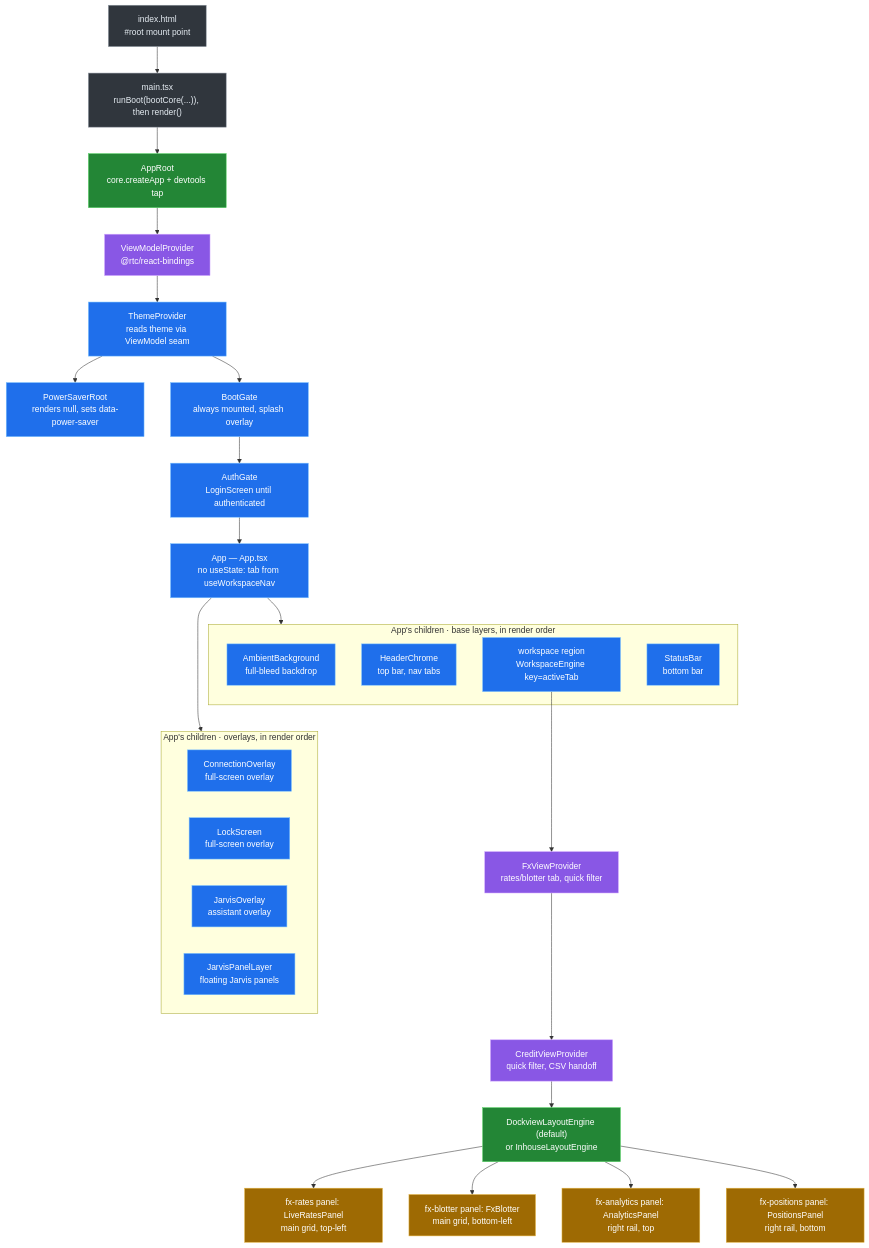
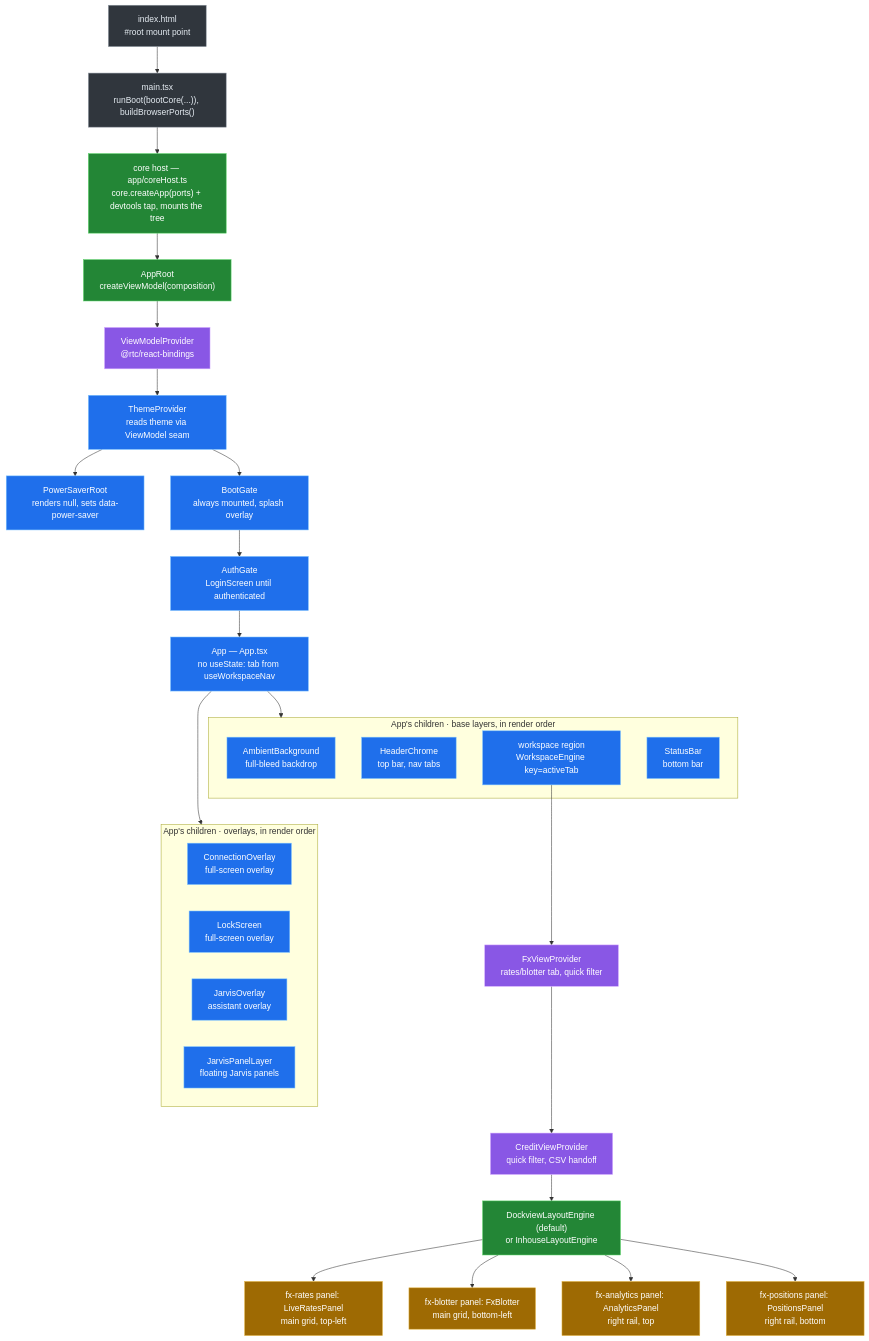
Before and after one commit to bettersoftware-io/ReactiveTraderCloudClone: the first of 5 diagrams in docs/architecture/17-web-client-up-close.md, drawn with Mermaid. The commit also changed other lines of this file and 14 other files, not shown here.

First line of the commit message:
docs: hot swap — renumber to guarantee 8 / promise 11, the web composition root is main.tsx + the core host

````diff
--- a/docs/architecture/17-web-client-up-close.md
+++ b/docs/architecture/17-web-client-up-close.md
@@ -58,58 +58,59 @@
 ```mermaid
 flowchart TB
     IndexHtml["index.html<br/>#root mount point"]:::entry
-    MainTsx["main.tsx<br/>runBoot(bootCore(...)), then render()"]:::entry
-    RootComp["AppRoot<br/>core.createApp + devtools tap"]:::core
+    MainTsx["main.tsx<br/>runBoot(bootCore(...)), buildBrowserPorts()"]:::entry
+    HostNode["core host — app/coreHost.ts<br/>core.createApp(ports) + devtools tap, mounts the tree"]:::core
+    RootComp["AppRoot<br/>createViewModel(composition)"]:::core
     VMProvider["ViewModelProvider<br/>@rtc/react-bindings"]:::bridge
     ThemeProviderNode["ThemeProvider<br/>reads theme via ViewModel seam"]:::ui
 
-    IndexHtml --> MainTsx --> RootComp --> VMProvider --> ThemeProviderNode
+    IndexHtml --> MainTsx --> HostNode --> RootComp --> VMProvider --> ThemeProviderNode
 
     PowerSaver["PowerSaverRoot<br/>renders null, sets data-power-saver"]:::ui
     BootGateNode["BootGate<br/>always mounted, splash overlay"]:::ui
     AuthGateNode["AuthGate<br/>LoginScreen until authenticated"]:::ui
     AppComp["App — App.tsx<br/>no useState: tab from useWorkspaceNav"]:::ui
 
     ThemeProviderNode --> PowerSaver
     ThemeProviderNode --> BootGateNode --> AuthGateNode --> AppComp
 
     subgraph Base["App's children · base layers, in render order"]
         Ambient["AmbientBackground<br/>full-bleed backdrop"]:::ui
         Header["HeaderChrome<br/>top bar, nav tabs"]:::ui
         Workspace["workspace region<br/>WorkspaceEngine key=activeTab"]:::ui
         Status["StatusBar<br/>bottom bar"]:::ui
     end
 
     subgraph Overlays["App's children · overlays, in render order"]
         ConnOverlay["ConnectionOverlay<br/>full-screen overlay"]:::ui
         Lock["LockScreen<br/>full-screen overlay"]:::ui
         JarvisO["JarvisOverlay<br/>assistant overlay"]:::ui
         JarvisP["JarvisPanelLayer<br/>floating Jarvis panels"]:::ui
     end
 
     AppComp --> Base
     AppComp --> Overlays
     Base ~~~ Overlays
 
     FxVP["FxViewProvider<br/>rates/blotter tab, quick filter"]:::bridge
     CreditVP["CreditViewProvider<br/>quick filter, CSV handoff"]:::bridge
     Engine["DockviewLayoutEngine (default)<br/>or InhouseLayoutEngine"]:::core
 
     Workspace --> FxVP --> CreditVP --> Engine
 
     Rates["fx-rates panel: LiveRatesPanel<br/>main grid, top-left"]:::leaf
     Blotter["fx-blotter panel: FxBlotter<br/>main grid, bottom-left"]:::leaf
     Analytics["fx-analytics panel: AnalyticsPanel<br/>right rail, top"]:::leaf
     Positions["fx-positions panel: PositionsPanel<br/>right rail, bottom"]:::leaf
 
     Engine --> Rates
     Engine --> Blotter
     Engine --> Analytics
     Engine --> Positions
 
     classDef entry fill:#30363d,stroke:#8b949e,color:#e6edf3
     classDef core   fill:#238636,stroke:#56d364,color:#ffffff
     classDef bridge fill:#8957e5,stroke:#d2a8ff,color:#ffffff
     classDef ui     fill:#1f6feb,stroke:#79c0ff,color:#ffffff
     classDef leaf   fill:#9e6a03,stroke:#e3b341,color:#ffffff
 ```
````
